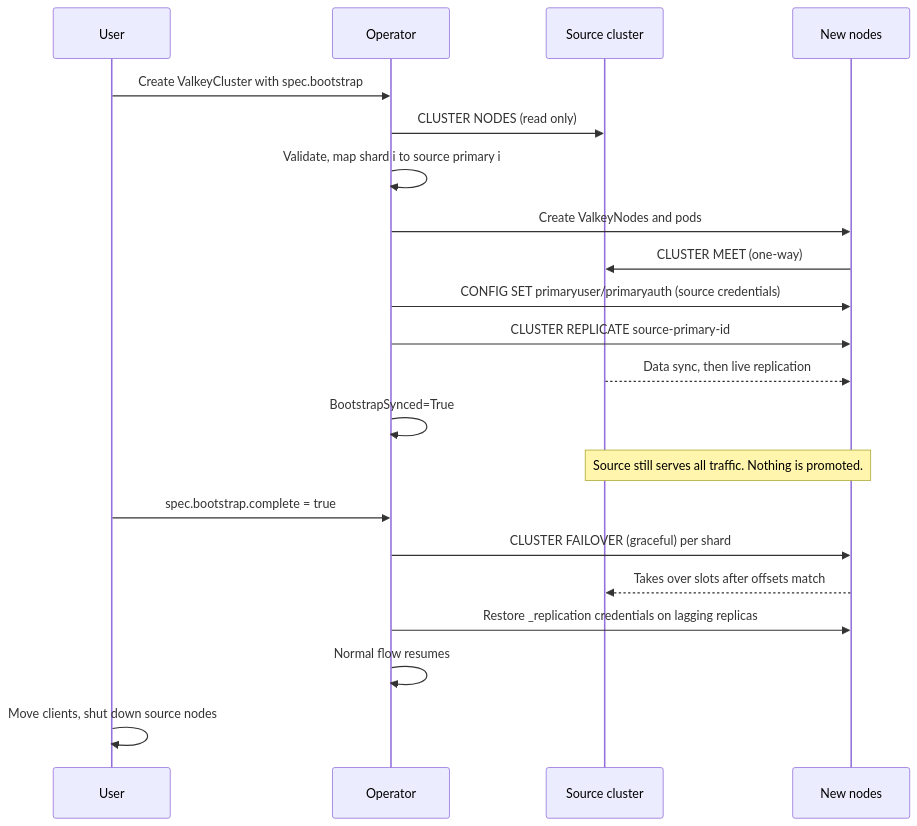
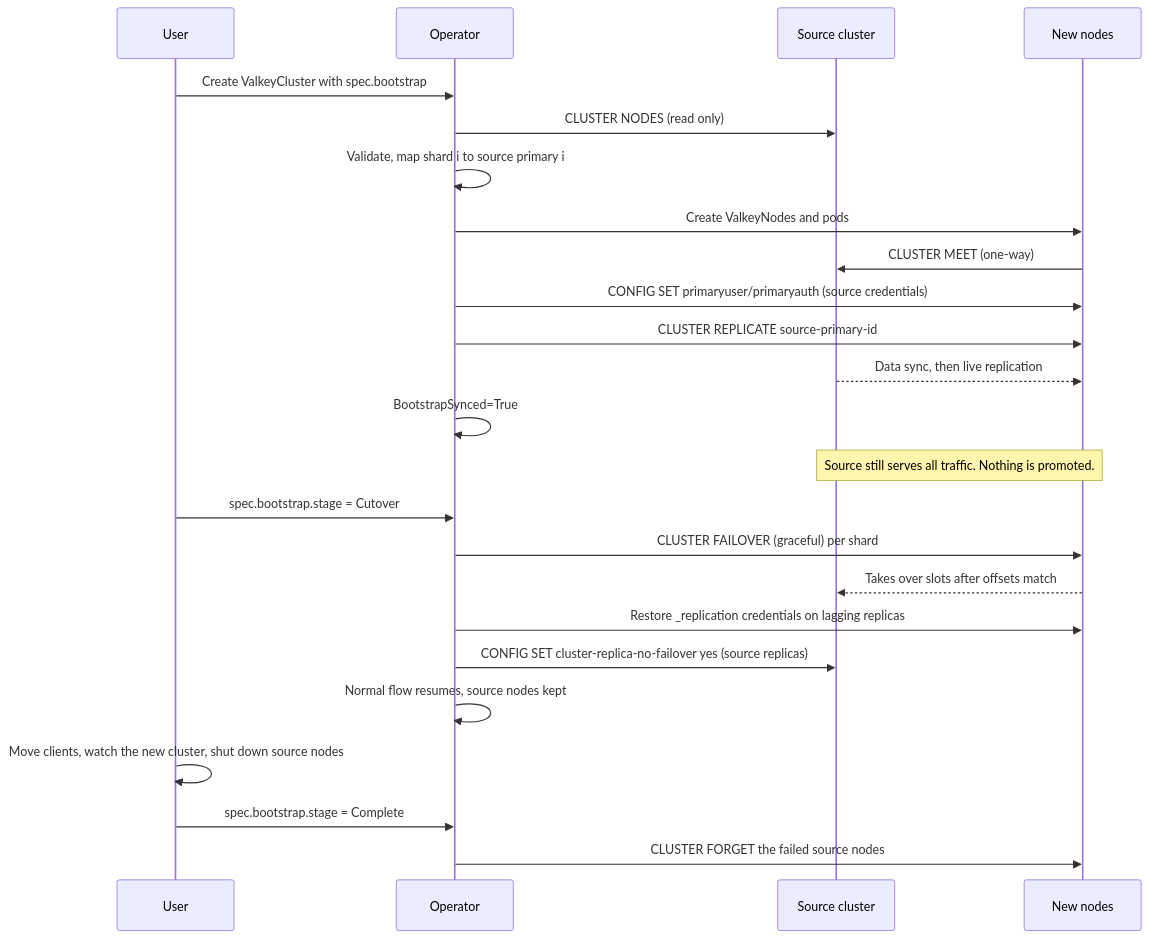
The second of 2 diagrams in docs/bootstrap-design.md (valkey-io/valkey-operator), drawn with Mermaid before and after one commit. The commit also changed other lines of this file and 7 other files, not shown here.

````diff
--- a/docs/bootstrap-design.md
+++ b/docs/bootstrap-design.md
@@ -206,23 +236,26 @@
 ```mermaid
 sequenceDiagram
     participant U as User
     participant O as Operator
     participant S as Source cluster
     participant N as New nodes
     U->>O: Create ValkeyCluster with spec.bootstrap
     O->>S: CLUSTER NODES (read only)
     O->>O: Validate, map shard i to source primary i
     O->>N: Create ValkeyNodes and pods
     N->>S: CLUSTER MEET (one-way)
     O->>N: CONFIG SET primaryuser/primaryauth (source credentials)
     O->>N: CLUSTER REPLICATE source-primary-id
     S-->>N: Data sync, then live replication
     O->>O: BootstrapSynced=True
     Note over S,N: Source still serves all traffic. Nothing is promoted.
-    U->>O: spec.bootstrap.complete = true
+    U->>O: spec.bootstrap.stage = Cutover
     O->>N: CLUSTER FAILOVER (graceful) per shard
     N-->>S: Takes over slots after offsets match
     O->>N: Restore _replication credentials on lagging replicas
-    O->>O: Normal flow resumes
-    U->>U: Move clients, shut down source nodes
+    O->>S: CONFIG SET cluster-replica-no-failover yes (source replicas)
+    O->>O: Normal flow resumes, source nodes kept
+    U->>U: Move clients, watch the new cluster, shut down source nodes
+    U->>O: spec.bootstrap.stage = Complete
+    O->>N: CLUSTER FORGET the failed source nodes
 ```
````
